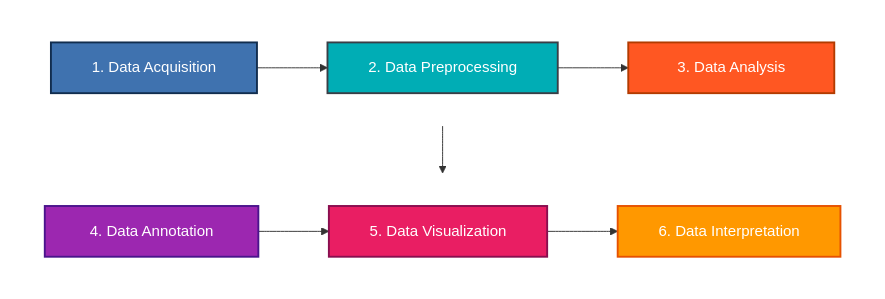
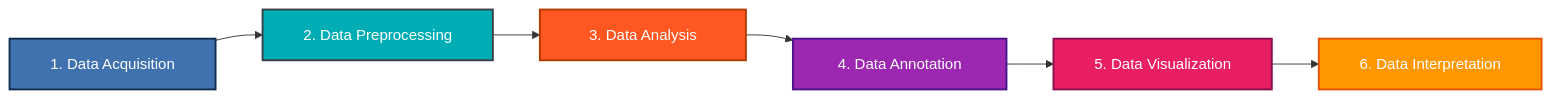
The diagram in README.md (JoseManurung/PDAC-PNI-Transcriptomics-Analysis), drawn with Mermaid before and after one commit.

````diff
--- a/README.md
+++ b/README.md
@@ -85,31 +85,24 @@
 ```mermaid
-graph TD
-    %% Top Row Group (1 -> 2 -> 3)
-    subgraph Row1 [" "]
-        direction LR
-        S1["&nbsp;&nbsp; 1. Data Acquisition &nbsp;&nbsp;"] --> S2["&nbsp;&nbsp; 2. Data Preprocessing &nbsp;&nbsp;"]
-        S2 --> S3["&nbsp;&nbsp;&nbsp;&nbsp; 3. Data Analysis &nbsp;&nbsp;&nbsp;&nbsp;"]
-    end
+graph LR
+    %% Pengaturan Baris Atas (Kiri ke Kanan)
+    S1["&nbsp;&nbsp; 1. Data Acquisition &nbsp;&nbsp;"] --> S2["&nbsp;&nbsp; 2. Data Preprocessing &nbsp;&nbsp;"]
+    S2 --> S3["&nbsp;&nbsp;&nbsp;&nbsp; 3. Data Analysis &nbsp;&nbsp;&nbsp;&nbsp;"]
 
-    %% Bottom Row Group (4 -> 5 -> 6)
-    subgraph Row2 [" "]
-        direction LR
-        S4["&nbsp;&nbsp;&nbsp; 4. Data Annotation &nbsp;&nbsp;&nbsp;"] --> S5["&nbsp;&nbsp; 5. Data Visualization &nbsp;&nbsp;"]
-        S5 --> S6["&nbsp;&nbsp; 6. Data Interpretation &nbsp;&nbsp;"]
-    end
+    %% Hubungan Zig-Zag Turun Menuju Baris Bawah
+    S3 --> S4["&nbsp;&nbsp;&nbsp; 4. Data Annotation &nbsp;&nbsp;&nbsp;"]
 
-    %% Snake / Zig-Zag Connector (Looping from 3 down and back to 4)
-    S3 --> S4
+    %% Pengaturan Baris Bawah (Lanjut Kiri ke Kanan)
+    S4 --> S5["&nbsp;&nbsp; 5. Data Visualization &nbsp;&nbsp;"]
+    S5 --> S6["&nbsp;&nbsp; 6. Data Interpretation &nbsp;&nbsp;"]
+
+    %% Trik Jangkar Tak Terlihat agar Kotak 1 berada persis di atas Kotak 4
+    S1 ~~~ S4
 
     %% Custom Color Palette & Aesthetics
     style S1 fill:#3f72af,color:#fff,stroke:#112d4e,stroke-width:2px
     style S2 fill:#00adb5,color:#fff,stroke:#393e46,stroke-width:2px
     style S3 fill:#ff5722,color:#fff,stroke:#b23b00,stroke-width:2px
     style S4 fill:#9c27b0,color:#fff,stroke:#4a148c,stroke-width:2px
     style S5 fill:#e91e63,color:#fff,stroke:#880e4f,stroke-width:2px
     style S6 fill:#ff9800,color:#fff,stroke:#e65100,stroke-width:2px
-
-    %% Hide Subgraph Borders for Clean Multi-Row Layout
-    style Row1 fill:transparent,stroke:none
-    style Row2 fill:transparent,stroke:none
 ```
````
